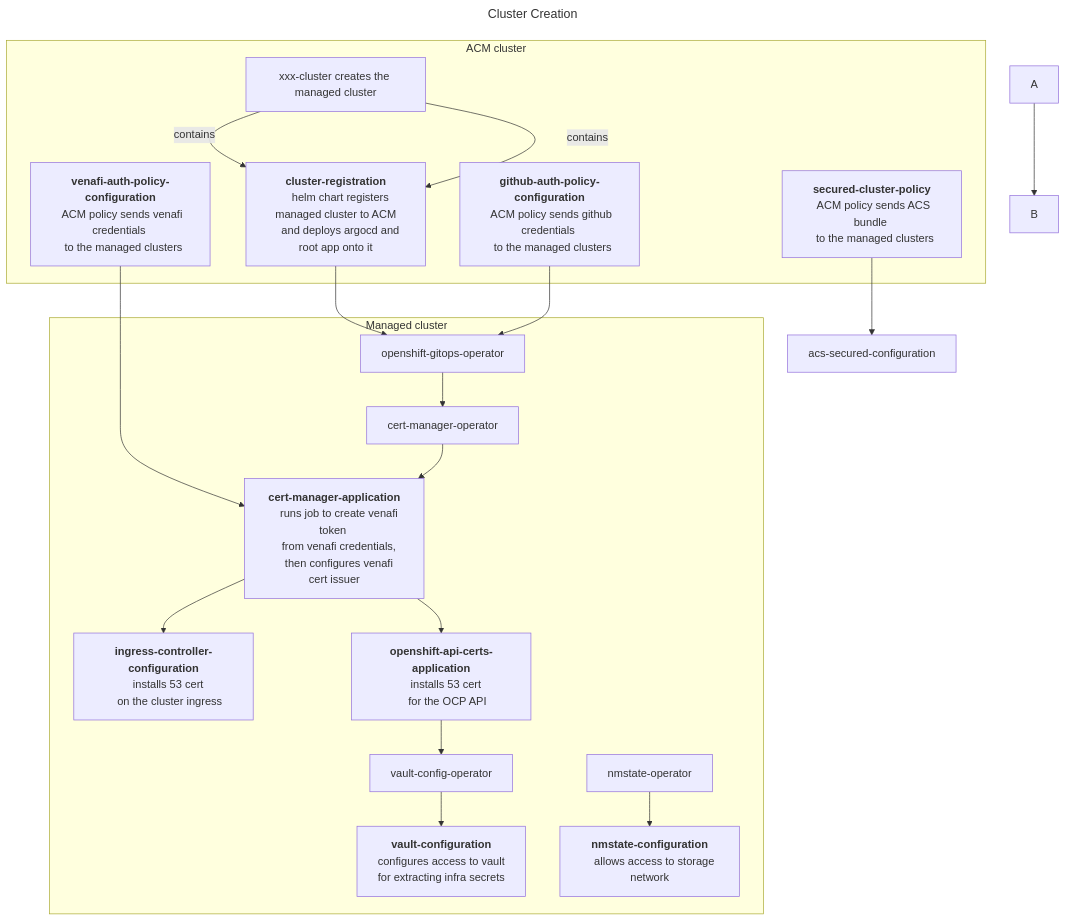
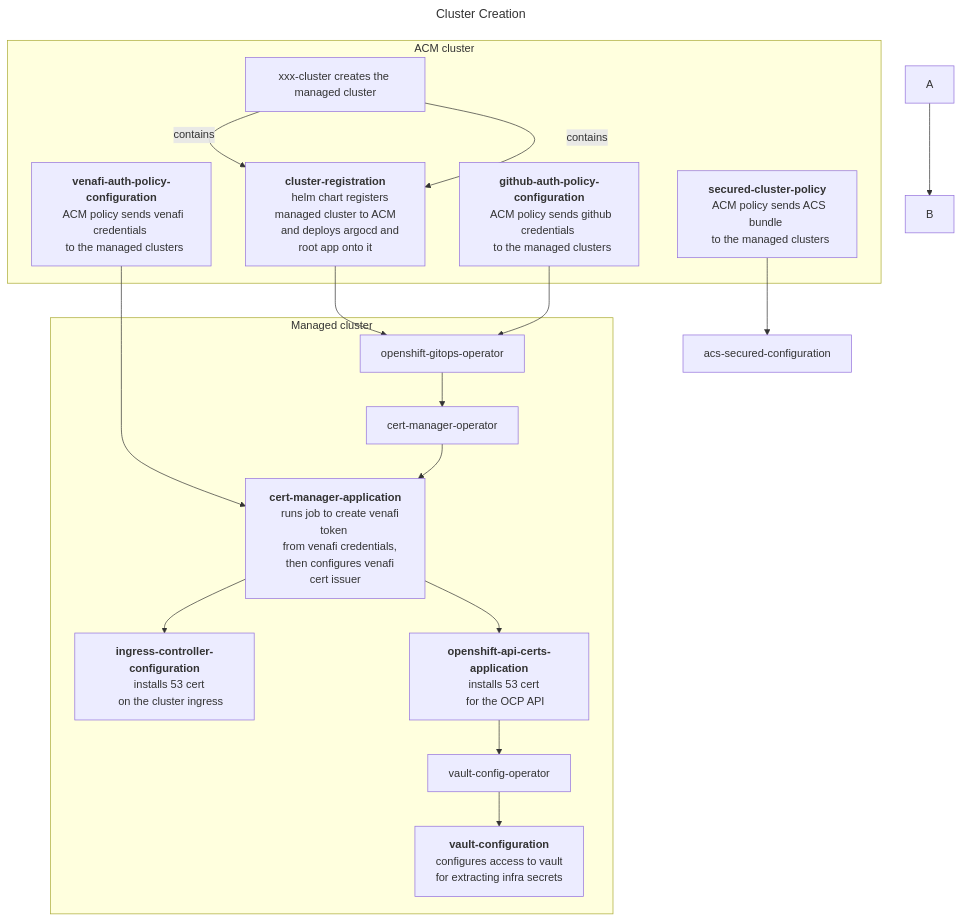
The diagram in test-mermaid/test-mermaid.build.md (mmwillingham/acm), drawn with Mermaid before and after one commit.

````diff
--- a/test-mermaid/test-mermaid.build.md
+++ b/test-mermaid/test-mermaid.build.md
@@ -2,47 +2,45 @@
 ```mermaid
 ---
 title: Cluster Creation
 ---
 flowchart TD
 A --> B
 venafi-auth-policy-configuration --> cert-manager-application
 cluster-registration --> openshift-gitops-operator
 github-auth-policy-configuration --> openshift-gitops-operator
 secured-cluster-policy --> acs-secured-configuration
 subgraph ACM cluster
 xxx-cluster["xxx-cluster creates the managed cluster"] -- contains --> cluster-registration["<b>cluster-registration</b>
   helm chart registers managed cluster to ACM
   and deploys argocd and root app onto it"]
 venafi-auth-policy-configuration["<b>venafi-auth-policy-configuration</b>
   ACM policy sends venafi credentials 
   to the managed clusters"]
 github-auth-policy-configuration["<b>github-auth-policy-configuration</b>
   ACM policy sends github credentials 
   to the managed clusters"]
 secured-cluster-policy["<b>secured-cluster-policy</b>
   ACM policy sends ACS bundle 
   to the managed clusters"]
 end
 subgraph Managed cluster
 xxx-cluster["xxx-cluster creates the managed cluster"] -- contains --> cluster-registration["<b>cluster-registration</b>
     helm chart registers managed cluster to ACM
     and deploys argocd and root app onto it"]
 openshift-gitops-operator --> cert-manager-operator
 cert-manager-operator --> cert-manager-application["<b>cert-manager-application</b>
     runs job to create venafi token 
     from venafi credentials, 
     then configures venafi cert issuer"]
 cert-manager-application --> ingress-controller-configuration["<b>ingress-controller-configuration</b>
     installs 53 cert 
     on the cluster ingress"]
 cert-manager-application --> openshift-api-certs-application["<b>openshift-api-certs-application</b>
     installs 53 cert 
     for the OCP API"]    
 openshift-api-certs-application --> vault-config-operator
 vault-config-operator --> vault-configuration["<b>vault-configuration</b>
     configures access to vault 
     for extracting infra secrets"]
-nmstate-operator --> nmstate-configuration["<b>nmstate-configuration</b>
-    allows access to storage network"]
 end
 ```
````
